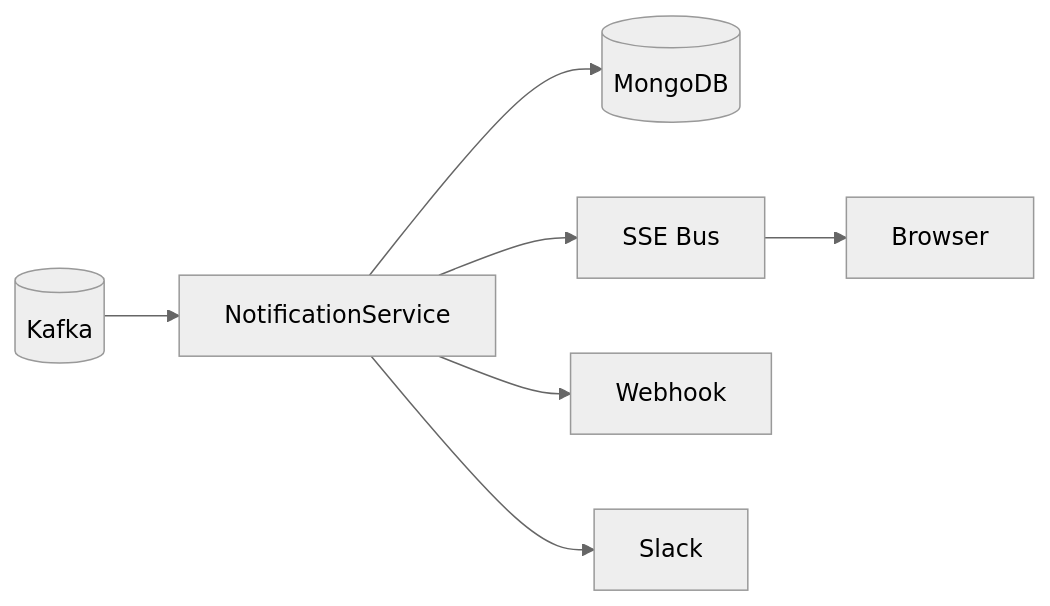
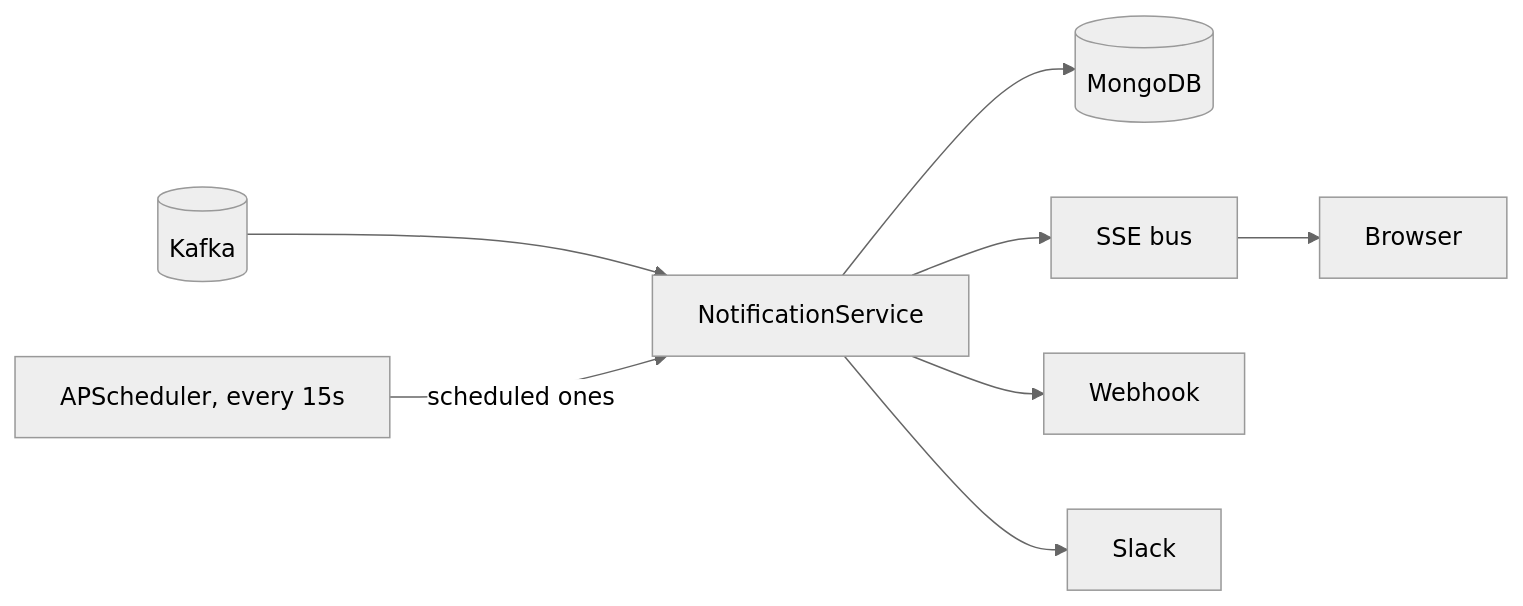
The diagram in docs/operations/notification-types.md (HardMax71/Integr8sCode), drawn with Mermaid (neutral theme) before and after one commit. The commit also changed other lines of this file and 304 other files, not shown here.

````diff
--- a/docs/operations/notification-types.md
+++ b/docs/operations/notification-types.md
@@ -8,9 +5,9 @@
 ```mermaid
 flowchart LR
     Kafka[(Kafka)] --> NS[NotificationService]
     NS --> DB[(MongoDB)]
-    NS --> SSE[SSE Bus]
-    NS --> Webhook[Webhook]
-    NS --> Slack[Slack]
-    SSE --> Browser
+    NS --> SSE[SSE bus] --> Browser
+    NS --> Webhook
+    NS --> Slack
+    Sched[APScheduler, every 15s] -->|scheduled ones| NS
 ```
````
